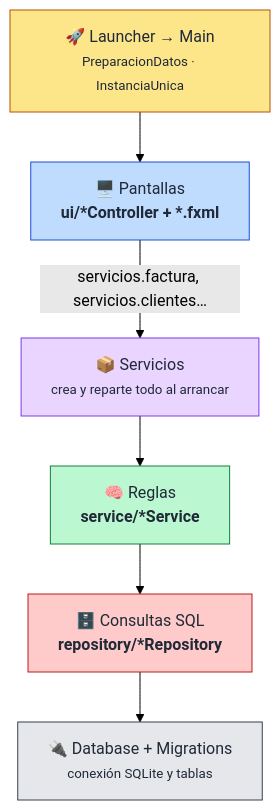
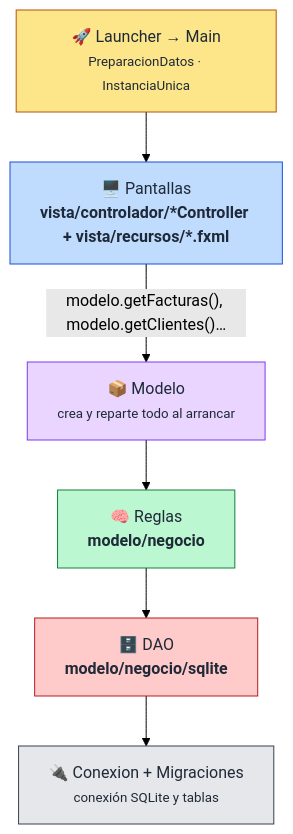
One commit to jribanezgarcia/factura_prueba changed the first of 3 diagrams in docs/tecnico.md. Above: the diagram before and after it, drawn with Mermaid (forest theme). The commit also changed other lines of this file and 60 other files, not shown here.

````diff
--- a/docs/tecnico.md
+++ b/docs/tecnico.md
@@ -26,16 +26,16 @@
 ```mermaid
 flowchart TD
     A["🚀 Launcher → Main<br/><small>PreparacionDatos · InstanciaUnica</small>"] --> B
-    B["🖥️ Pantallas<br/><b>ui/*Controller + *.fxml</b>"] -->|"servicios.factura, servicios.clientes…"| C
-    C["📦 Servicios<br/><small>crea y reparte todo al arrancar</small>"] --> D
-    D["🧠 Reglas<br/><b>service/*Service</b>"] --> E
-    E["🗄️ Consultas SQL<br/><b>repository/*Repository</b>"] --> F
-    F["🔌 Database + Migrations<br/><small>conexión SQLite y tablas</small>"]
+    B["🖥️ Pantallas<br/><b>vista/controlador/*Controller + vista/recursos/*.fxml</b>"] -->|"modelo.getFacturas(), modelo.getClientes()…"| C
+    C["📦 Modelo<br/><small>crea y reparte todo al arrancar</small>"] --> D
+    D["🧠 Reglas<br/><b>modelo/negocio</b>"] --> E
+    E["🗄️ DAO<br/><b>modelo/negocio/sqlite</b>"] --> F
+    F["🔌 Conexion + Migraciones<br/><small>conexión SQLite y tablas</small>"]
 
     style A fill:#FDE68A,stroke:#B45309,color:#1F2937
     style B fill:#BFDBFE,stroke:#1D4ED8,color:#1F2937
     style C fill:#E9D5FF,stroke:#7C3AED,color:#1F2937
     style D fill:#BBF7D0,stroke:#15803D,color:#1F2937
     style E fill:#FECACA,stroke:#B91C1C,color:#1F2937
     style F fill:#E5E7EB,stroke:#374151,color:#1F2937
 ```
````
